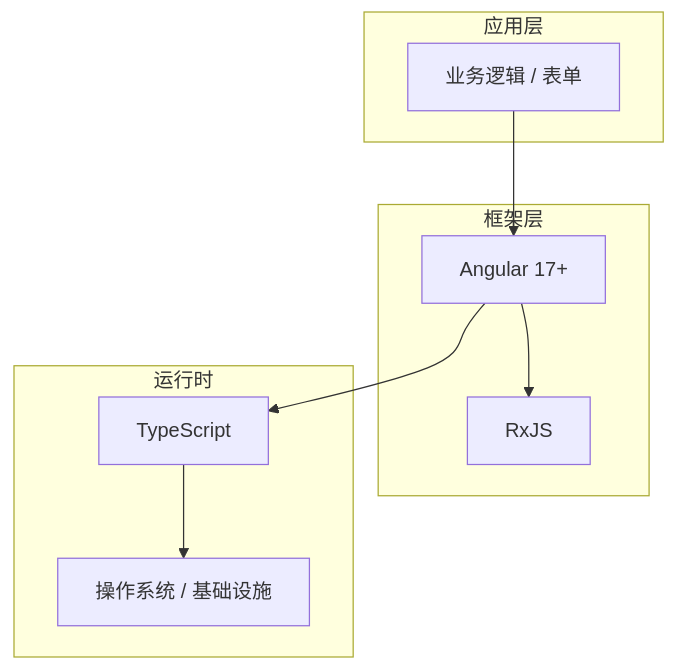
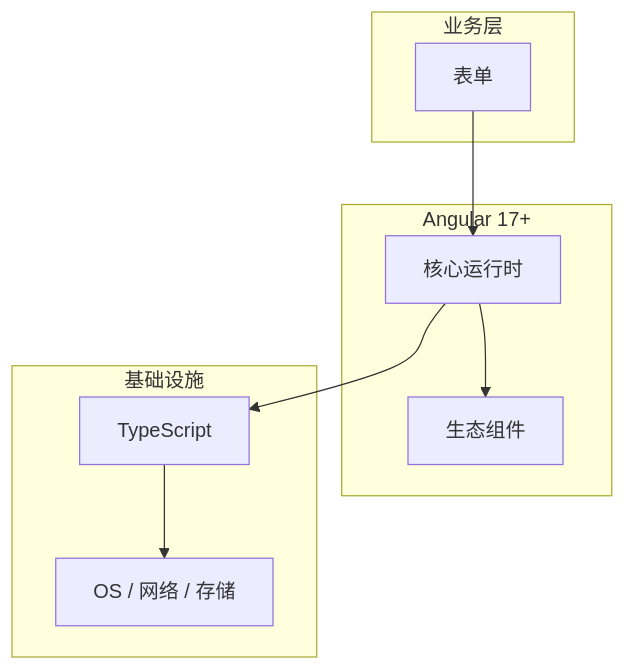
Before and after one commit to yanggan2015/knowledge-json-v2: the diagram in articles/Angular/chapters/046-表单核心概念与原理.md, drawn with Mermaid. The commit also changed other lines of this file and 10127 other files, not shown here.

````diff
--- a/articles/Angular/chapters/046-表单核心概念与原理.md
+++ b/articles/Angular/chapters/046-表单核心概念与原理.md
@@ -45,18 +34,18 @@
 ```mermaid
 graph TB
-    subgraph 应用层
-        A[业务逻辑 / 表单]
+    subgraph 业务层
+        A[表单]
     end
-    subgraph 框架层
-        B[Angular 17+]
-        C[RxJS]
+    subgraph Angular 17+
+        B[核心运行时]
+        C[生态组件]
     end
-    subgraph 运行时
+    subgraph 基础设施
         D[TypeScript]
-        E[操作系统 / 基础设施]
+        E[OS / 网络 / 存储]
     end
     A --> B
     B --> C
     B --> D
     D --> E
 ```
````
